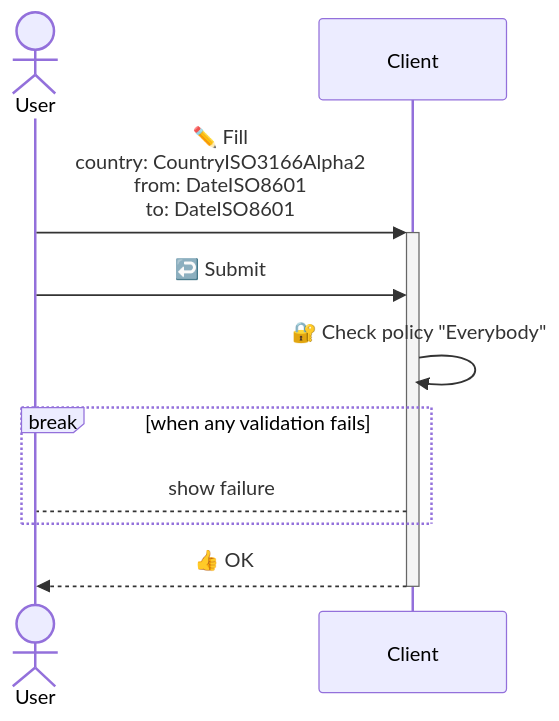
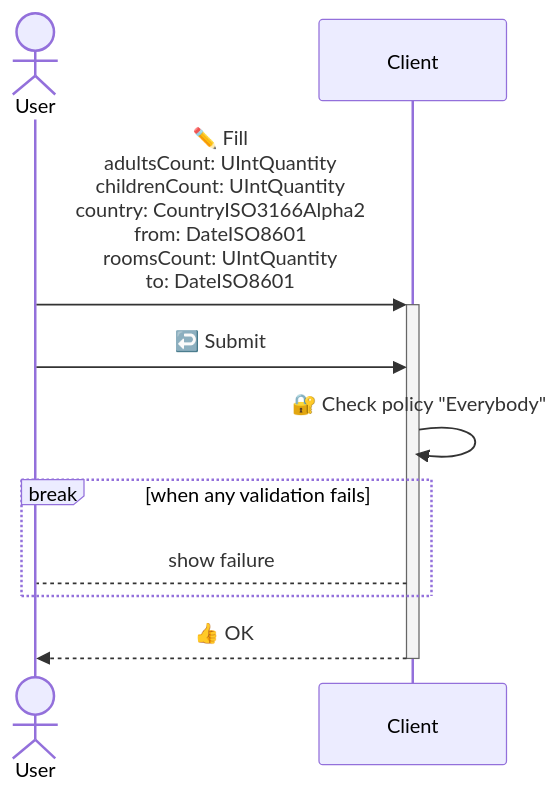
The diagram in examples/standalone/src/apps/MyTrip/README.md (c100k/libmodulor), drawn with Mermaid before and after one commit. The commit also changed other lines of this file and 2 other files, not shown here.

Commit message:
feat: add adults, children, rooms count

````diff
--- a/examples/standalone/src/apps/MyTrip/README.md
+++ b/examples/standalone/src/apps/MyTrip/README.md
@@ -13,11 +13,11 @@
 ```mermaid
 sequenceDiagram
     actor User
-    User->>+Client: ✏️ Fill<br/>country: CountryISO3166Alpha2<br/>from: DateISO8601<br/>to: DateISO8601
+    User->>+Client: ✏️ Fill<br/>adultsCount: UIntQuantity<br/>childrenCount: UIntQuantity<br/>country: CountryISO3166Alpha2<br/>from: DateISO8601<br/>roomsCount: UIntQuantity<br/>to: DateISO8601
     User->>Client: ↩️ Submit
     Client->>Client: 🔐 Check policy "Everybody"
     break when any validation fails
         Client-->User: show failure
     end
     Client-->>-User: 👍 OK
 ```
````
